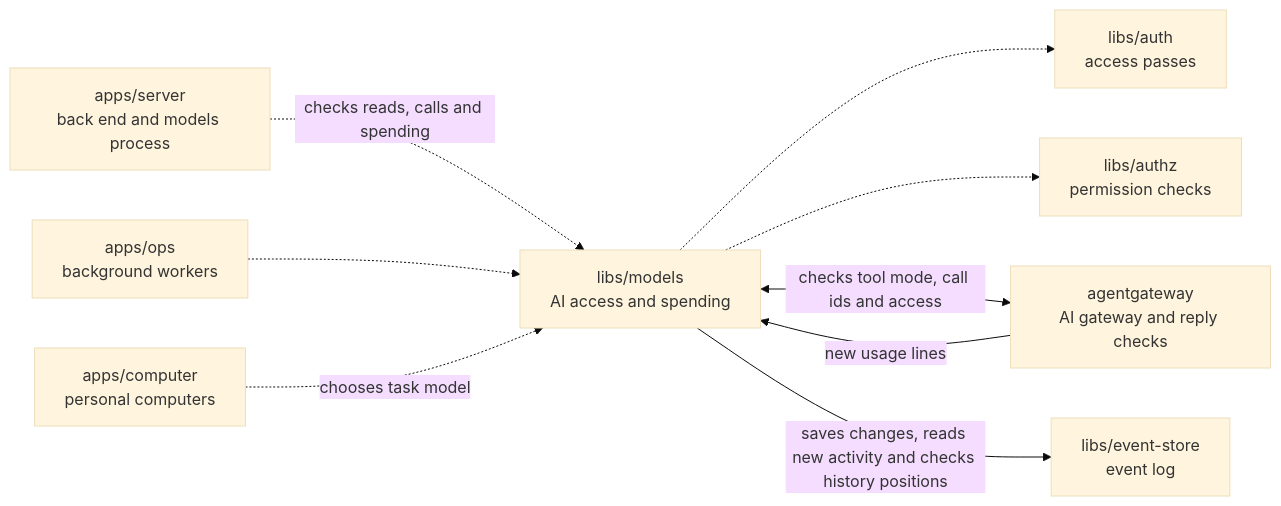
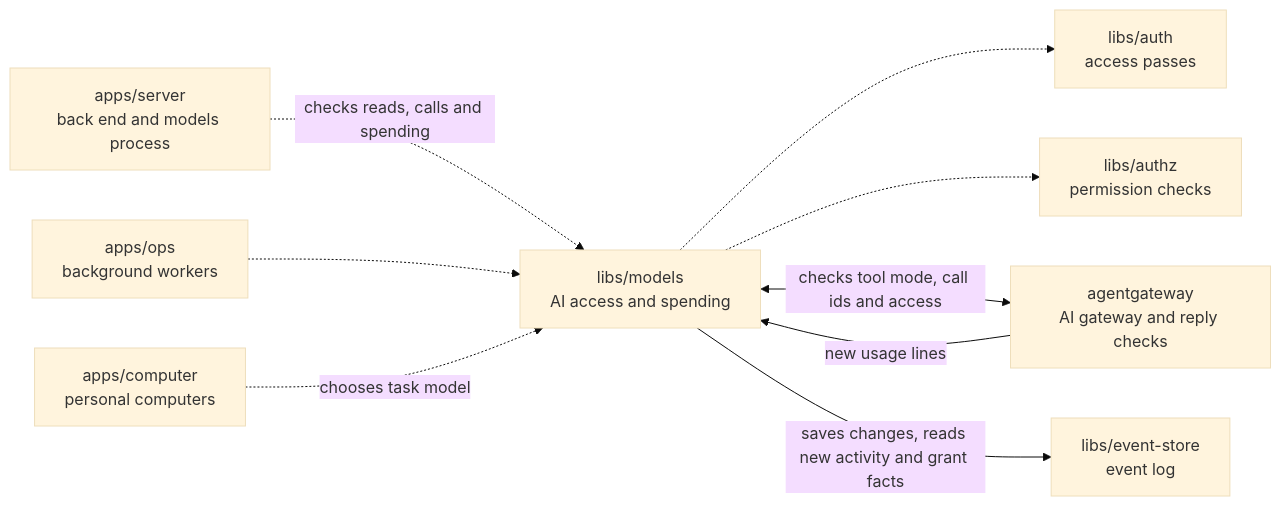
One commit to elewa-git/opencrane-new changed the diagram in libs/models/README.md. Above: the diagram before and after it, drawn with Mermaid (base theme). The commit also changed other lines of this file and 7 other files, not shown here.

````diff
--- a/libs/models/README.md
+++ b/libs/models/README.md
@@ -11,11 +11,11 @@
 ```mermaid
 flowchart LR
   server["apps/server<br/>back end and models process"] -.->|checks reads, calls and spending| models["libs/models<br/>AI access and spending"]
   ops["apps/ops<br/>background workers"] -.-> models
   computer["apps/computer<br/>personal computers"] -.->|chooses task model| models
   models -.-> auth["libs/auth<br/>access passes"]
   models -.-> authz["libs/authz<br/>permission checks"]
   models <-->|checks tool mode, call ids and access| gateway["agentgateway<br/>AI gateway and reply checks"]
   gateway -->|new usage lines| models
-  models -->|saves changes, reads new activity and checks history positions| store["libs/event-store<br/>event log"]
+  models -->|saves changes, reads new activity and grant facts| store["libs/event-store<br/>event log"]
 ```
````
